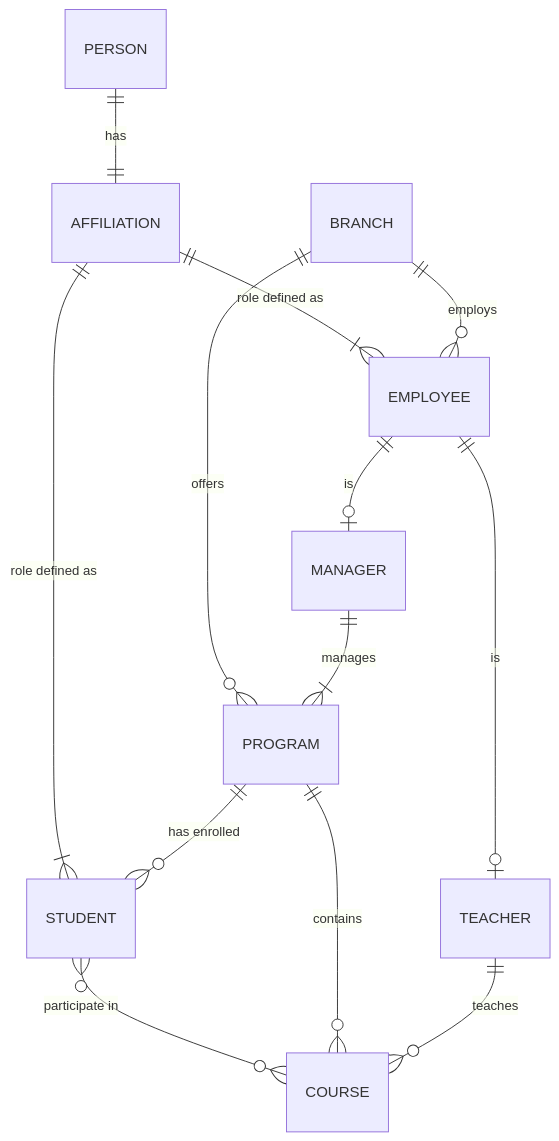
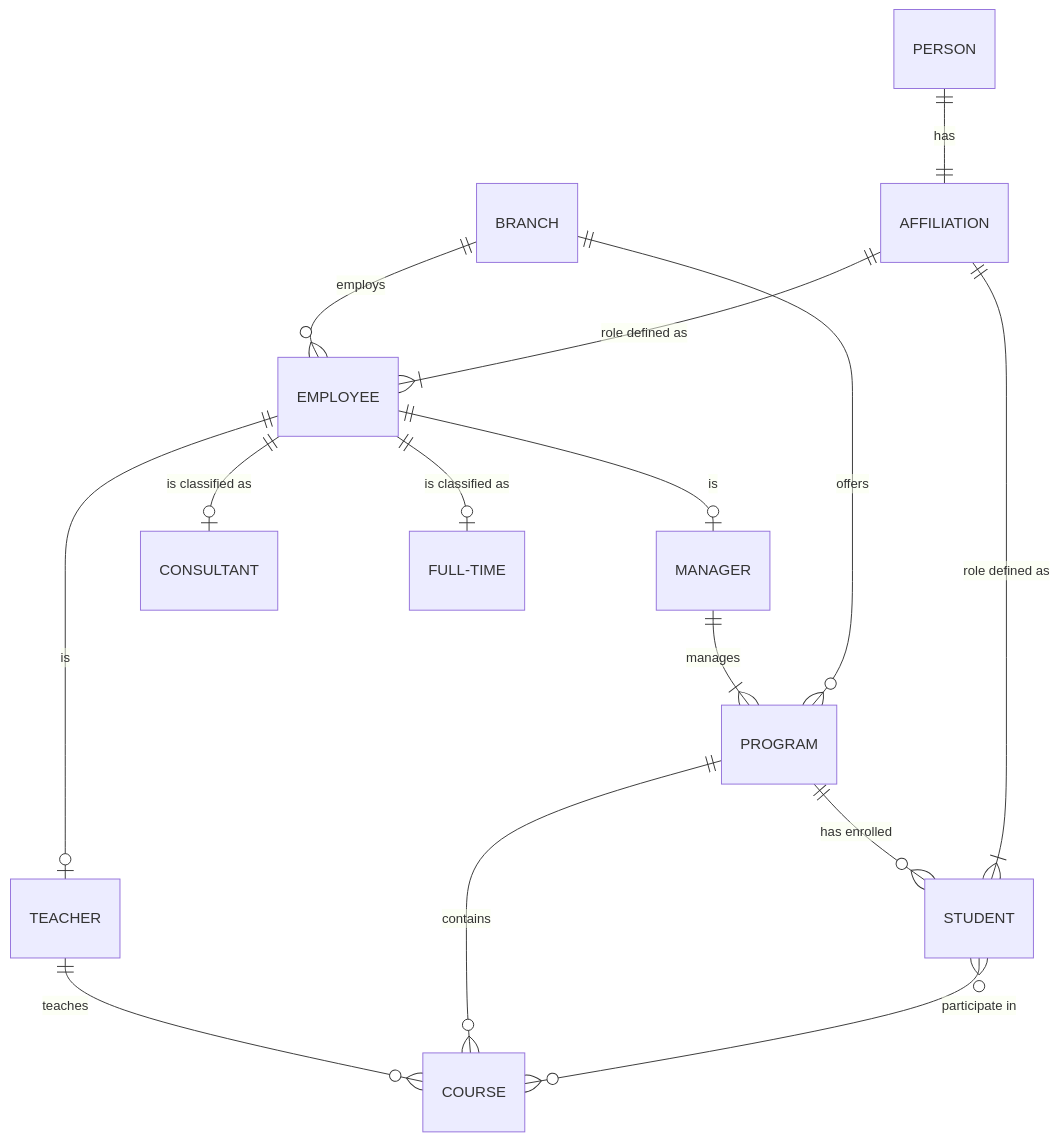
Before and after one commit to svartfika/data-modeling-svartfika-de24: the diagram in yh_labb/labb_0/conceptual.md, drawn with Mermaid. The commit also changed 1 other file, not shown here.

Commit message:
added employment type

````diff
--- a/yh_labb/labb_0/conceptual.md
+++ b/yh_labb/labb_0/conceptual.md
@@ -1,19 +1,22 @@
 ```mermaid
 erDiagram
     PERSON      ||--|| AFFILIATION : "has"
     AFFILIATION ||--|{ EMPLOYEE : "role defined as"
     AFFILIATION ||--|{ STUDENT : "role defined as"
 
     PROGRAM  ||--o{ STUDENT : "has enrolled"
     STUDENT  }o--o{ COURSE : "participate in"
 
     BRANCH   ||--o{ PROGRAM : "offers"
     PROGRAM  ||--o{ COURSE : "contains"
 
     BRANCH   ||--o{ EMPLOYEE : "employs"
     EMPLOYEE ||--o| TEACHER : "is"
     EMPLOYEE ||--o| MANAGER : "is"
 
+    EMPLOYEE ||--o| CONSULTANT : "is classified as"
+    EMPLOYEE ||--o| FULL-TIME : "is classified as"
+
     MANAGER  ||--|{ PROGRAM : "manages"
     TEACHER  ||--o{ COURSE : "teaches"
 ```
````
